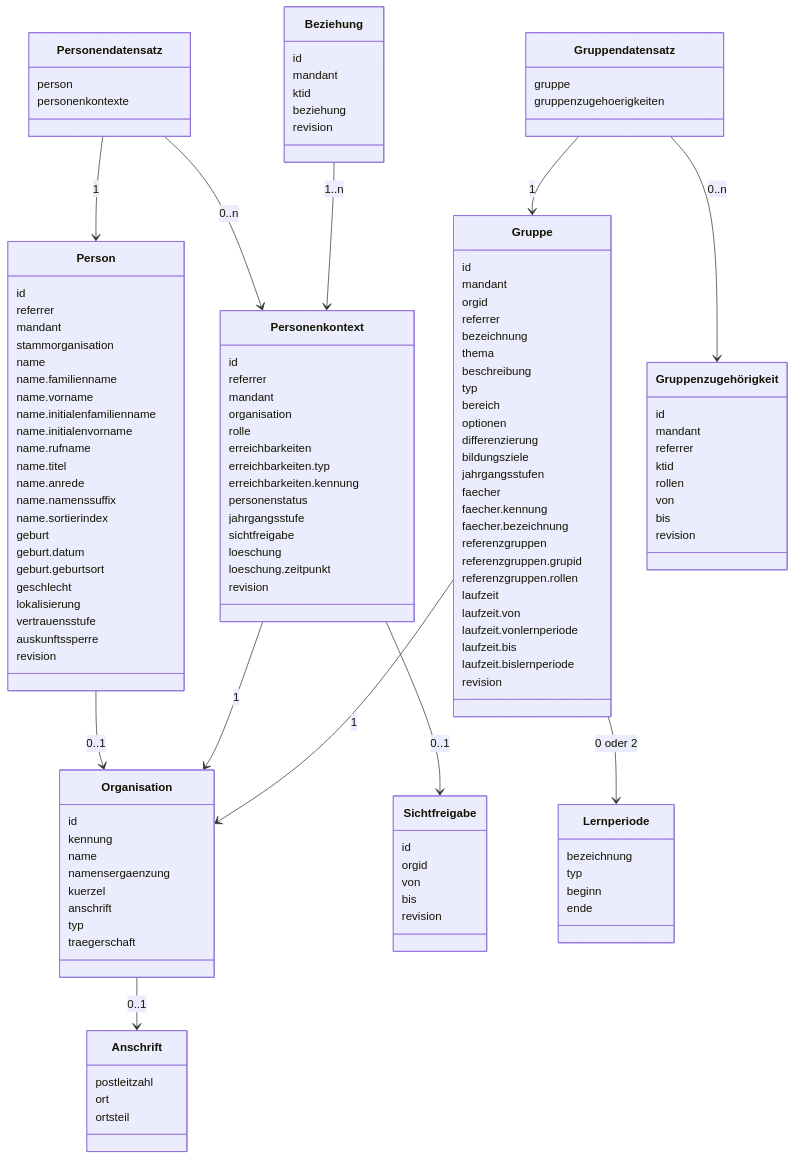
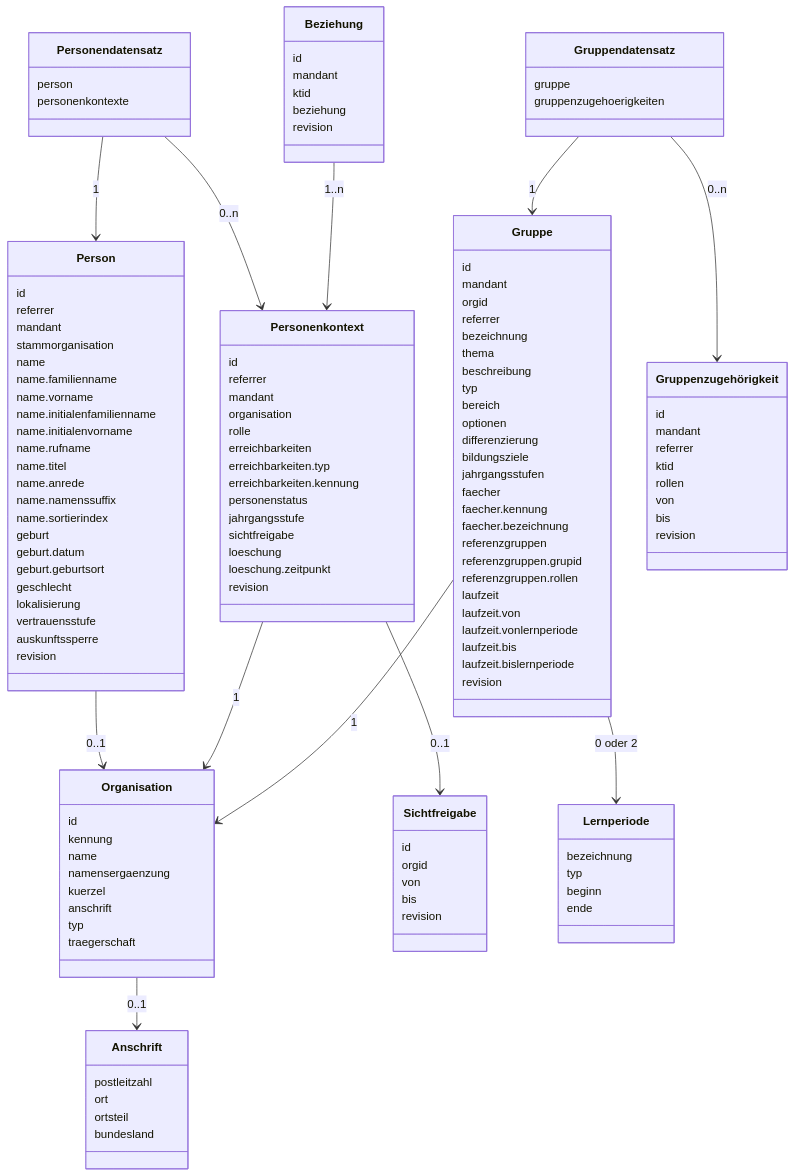
The diagram in docs/datenmodell-qs/datenmodell.md (Schulconnex/Schulconnex), drawn with Mermaid before and after one commit. The commit also changed 7 other files, not shown here.

```diff
--- a/docs/datenmodell-qs/datenmodell.md
+++ b/docs/datenmodell-qs/datenmodell.md
@@ -93,6 +93,7 @@
     postleitzahl
     ort
     ortsteil
+    bundesland
   }
   class Gruppe {
     id
```
